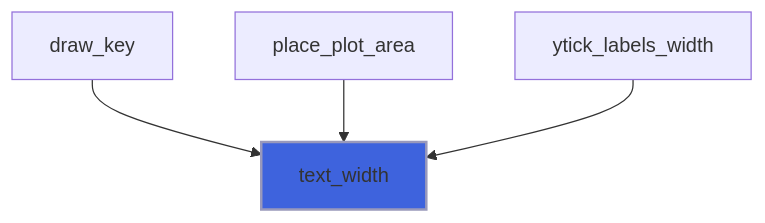
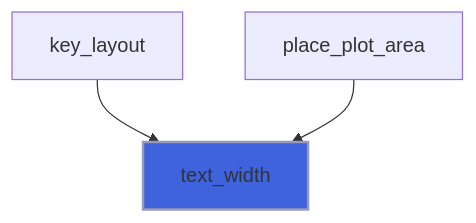
Diagram 23 of 30 in docs/api/src/lib/foresight_backend_svg.md (szaghi/foresight), drawn with Mermaid before and after one commit. The commit also changed other lines of this file and 97 other files, not shown here.

````diff
--- a/docs/api/src/lib/foresight_backend_svg.md
+++ b/docs/api/src/lib/foresight_backend_svg.md
@@ -727,7 +752,6 @@
 ```mermaid
 flowchart TD
-  draw_key["draw_key"] --> text_width["text_width"]
+  key_layout["key_layout"] --> text_width["text_width"]
   place_plot_area["place_plot_area"] --> text_width["text_width"]
-  ytick_labels_width["ytick_labels_width"] --> text_width["text_width"]
   style text_width fill:#3e63dd,stroke:#99b,stroke-width:2px
 ```
````
